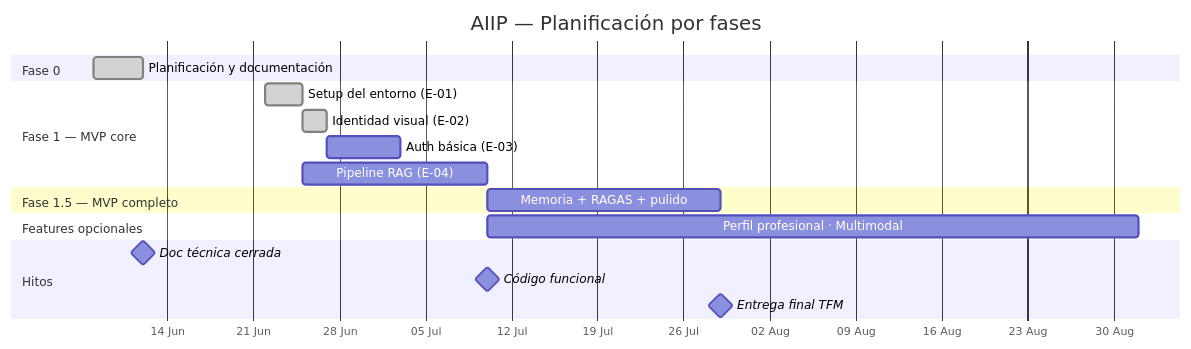
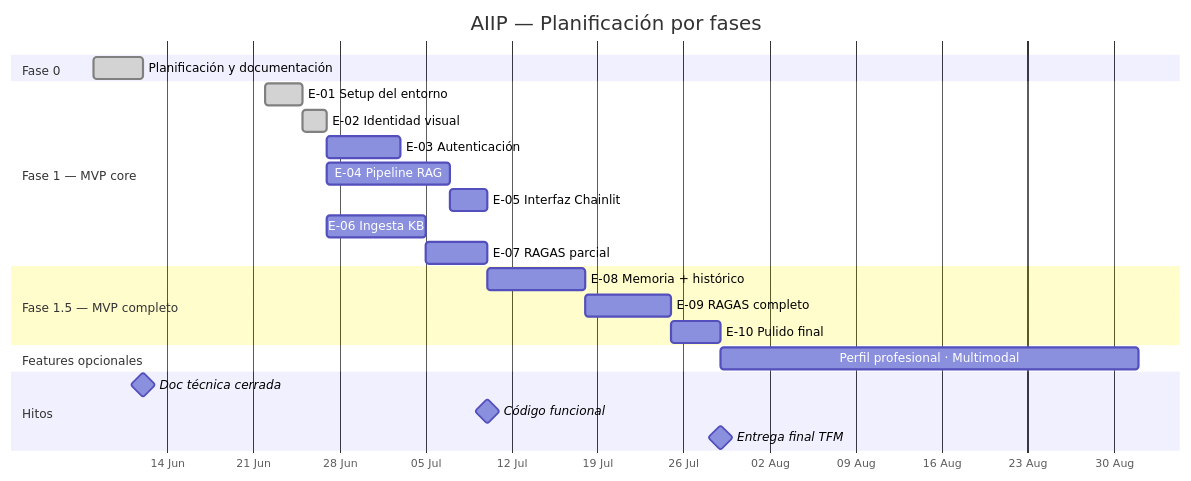
One commit to mimpho/aiip changed the diagram in README.md. Above: the diagram before and after it, drawn with Mermaid. The commit also changed other lines of this file and 6 other files, not shown here.

````diff
--- a/README.md
+++ b/README.md
@@ -46,26 +61,31 @@
 ```mermaid
 gantt
     title AIIP — Planificación por fases
     dateFormat  YYYY-MM-DD
     axisFormat  %d %b
 
     section Fase 0
     Planificación y documentación     :done,    f0, 2026-06-08, 2026-06-12
 
     section Fase 1 — MVP core
-    Setup del entorno (E-01)          :done,    f1a, 2026-06-22, 2026-06-25
-    Identidad visual (E-02)           :done,    f1b, 2026-06-25, 2026-06-27
-    Auth básica (E-03)                :         f1c, 2026-06-27, 2026-07-03
-    Pipeline RAG (E-04)               :         f1d, 2026-06-25, 2026-07-10
+    E-01 Setup del entorno            :done,    e01, 2026-06-22, 2026-06-25
+    E-02 Identidad visual             :done,    e02, 2026-06-25, 2026-06-27
+    E-03 Autenticación                :         e03, 2026-06-27, 2026-07-03
+    E-04 Pipeline RAG                 :         e04, 2026-06-27, 2026-07-07
+    E-05 Interfaz Chainlit            :         e05, 2026-07-07, 2026-07-10
+    E-06 Ingesta KB                   :         e06, 2026-06-27, 2026-07-05
+    E-07 RAGAS parcial                :         e07, 2026-07-05, 2026-07-10
 
     section Fase 1.5 — MVP completo
-    Memoria + RAGAS + pulido          :         f15, 2026-07-10, 2026-07-29
+    E-08 Memoria + histórico          :         e08, 2026-07-10, 2026-07-18
+    E-09 RAGAS completo               :         e09, 2026-07-18, 2026-07-25
+    E-10 Pulido final                 :         e10, 2026-07-25, 2026-07-29
 
     section Features opcionales
-    Perfil profesional · Multimodal   :         fo, 2026-07-10, 2026-09-01
+    Perfil profesional · Multimodal   :         fo, 2026-07-29, 2026-09-01
 
     section Hitos
     Doc técnica cerrada               :milestone, 2026-06-12, 0d
     Código funcional                  :milestone, 2026-07-10, 0d
     Entrega final TFM                 :milestone, 2026-07-29, 0d
 ```
````
